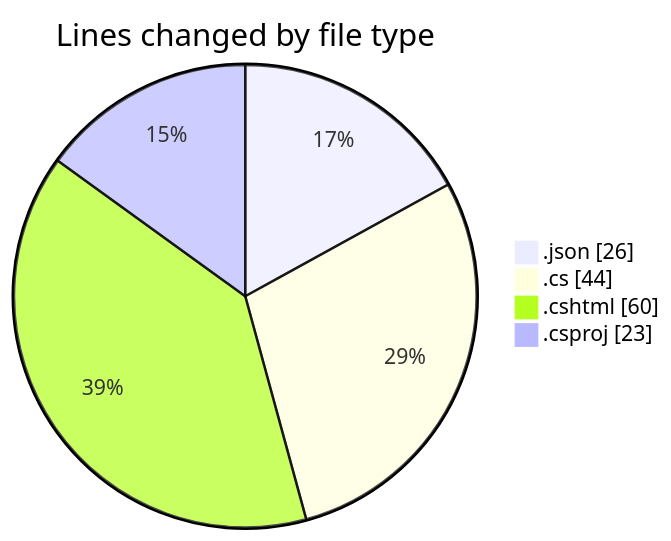
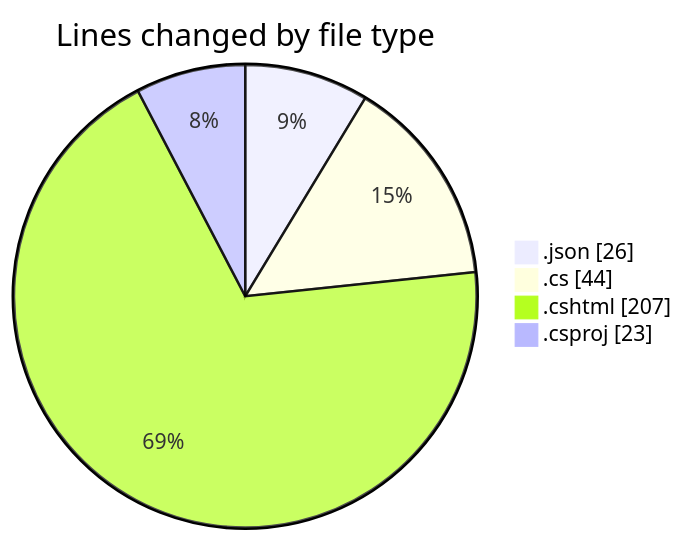
Before and after one commit to lephambinh05/code-tracking: the first of 2 diagrams in 2025-07-19/nhahang/README.md, drawn with Mermaid. The commit also changed other lines of this file and 1 other file, not shown here.

````diff
--- a/2025-07-19/nhahang/README.md
+++ b/2025-07-19/nhahang/README.md
@@ -26,8 +27,8 @@
 ```mermaid
 pie showData
 title Lines changed by file type
 ".json" : 26
 ".cs" : 44
-".cshtml" : 60
+".cshtml" : 207
 ".csproj" : 23
 ```
````
